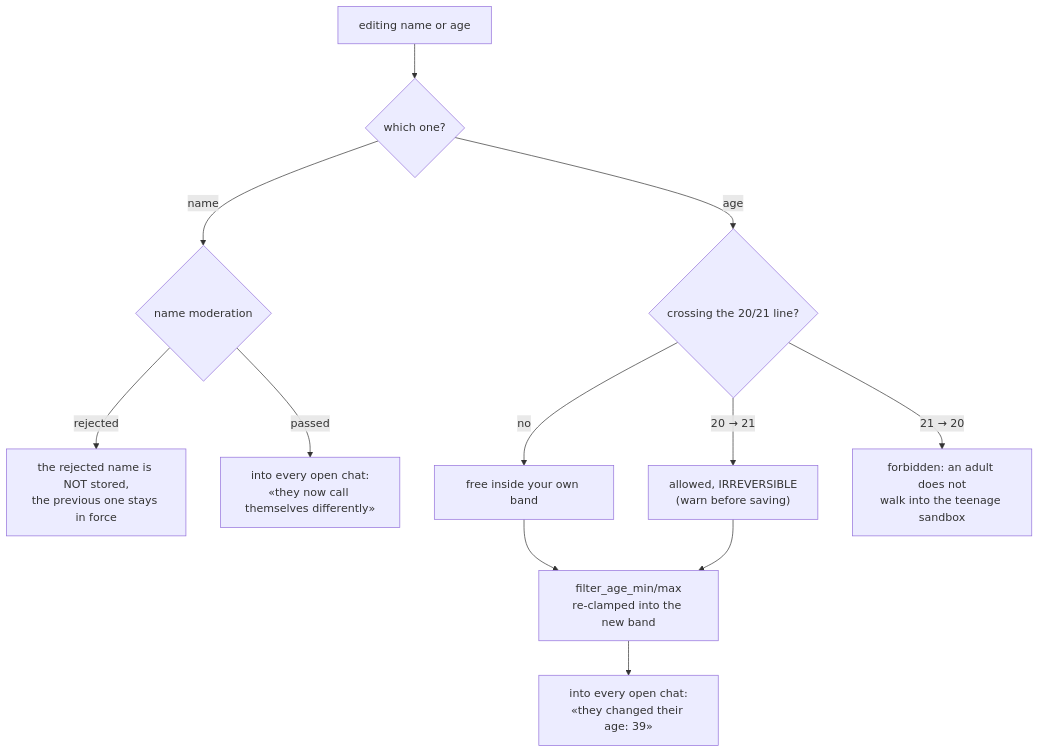
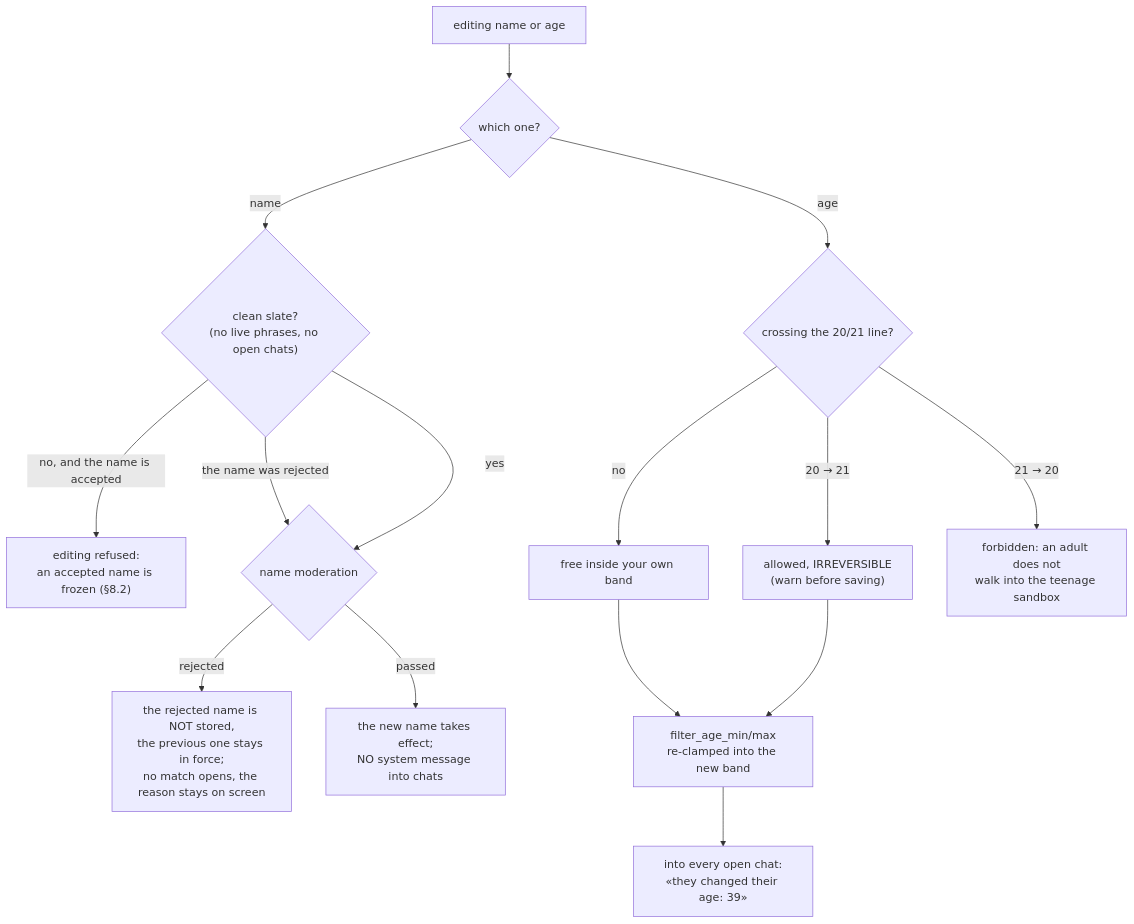
Diagram 21 of 26 in docs/chat-flows_EN.md (panov-id/xor.ad), drawn with Mermaid before and after one commit. The commit also changed 6 other files, not shown here.

````diff
--- a/docs/chat-flows_EN.md
+++ b/docs/chat-flows_EN.md
@@ -667,14 +667,17 @@
 ```mermaid
 flowchart TD
   edit["editing name or age"] --> what{"which one?"}
-  what -- "name" --> mod{"name moderation"}
-  mod -- "rejected" --> keep["the rejected name is NOT stored,<br/>the previous one stays in force"]
-  mod -- "passed" --> sys1["into every open chat:<br/>«they now call themselves differently»"]
+  what -- "name" --> clean{"clean slate?<br/>#40;no live phrases, no open chats#41;"}
+  clean -- "no, and the name is accepted" --> frozen["editing refused:<br/>an accepted name is frozen #40;§8.2#41;"]
+  clean -- "the name was rejected" --> mod{"name moderation"}
+  clean -- "yes" --> mod
+  mod -- "rejected" --> keep["the rejected name is NOT stored,<br/>the previous one stays in force;<br/>no match opens, the reason stays on screen"]
+  mod -- "passed" --> live["the new name takes effect;<br/>NO system message into chats"]
   what -- "age" --> cross{"crossing the 20/21 line?"}
   cross -- "no" --> ok["free inside your own band"]
   cross -- "20 → 21" --> up["allowed, IRREVERSIBLE<br/>#40;warn before saving#41;"]
   cross -- "21 → 20" --> deny["forbidden: an adult does not<br/>walk into the teenage sandbox"]
   ok --> clamp["filter_age_min/max<br/>re-clamped into the new band"]
   up --> clamp
   clamp --> sys2["into every open chat:<br/>«they changed their age: 39»"]
 ```
````
